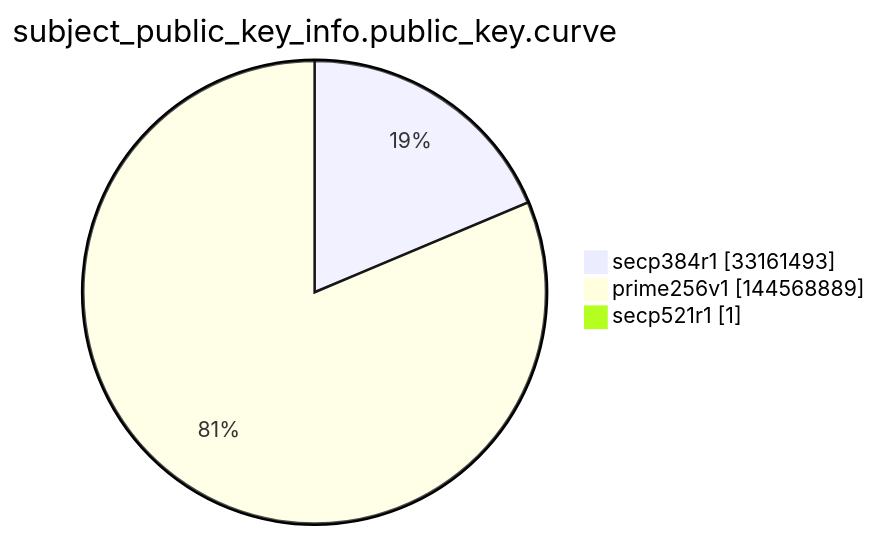
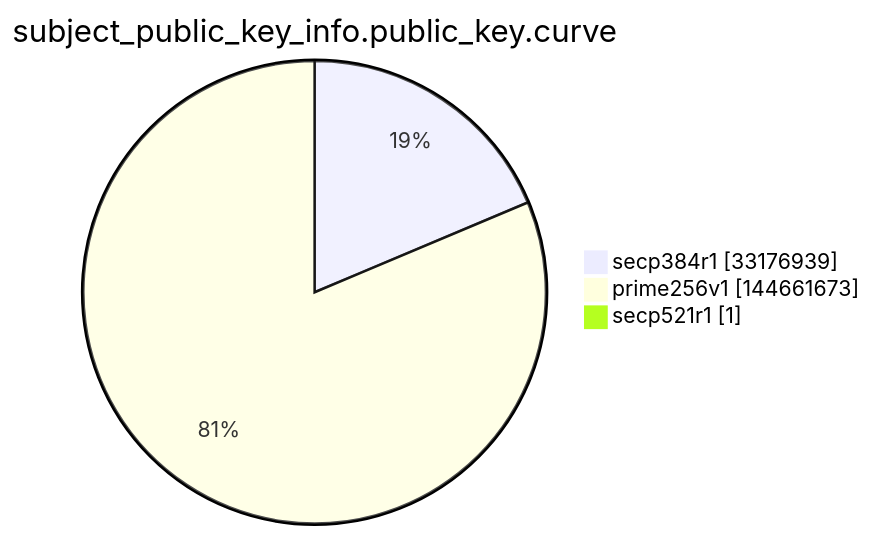
The ninth of 15 diagrams in argon2022/README.md (christiankrug/ctmonitor_visualization), drawn with Mermaid before and after one commit. The commit also changed other lines of this file, not shown here.

````diff
--- a/argon2022/README.md
+++ b/argon2022/README.md
@@ -2764,7 +2764,7 @@
 ```mermaid
 pie showData
 title subject_public_key_info.public_key.curve
-"secp384r1" :33161493
-"prime256v1" :144568889
+"secp384r1" :33176939
+"prime256v1" :144661673
 "secp521r1" :1
 ```
````
